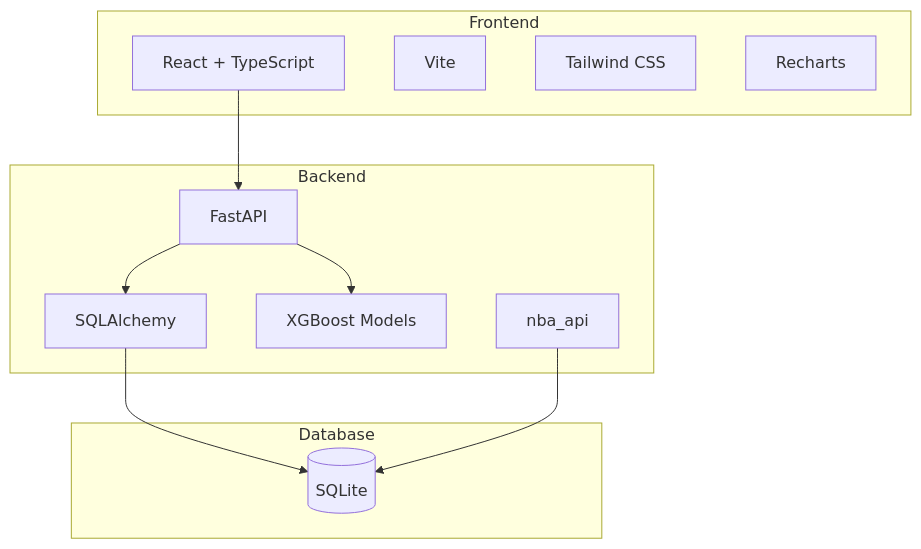
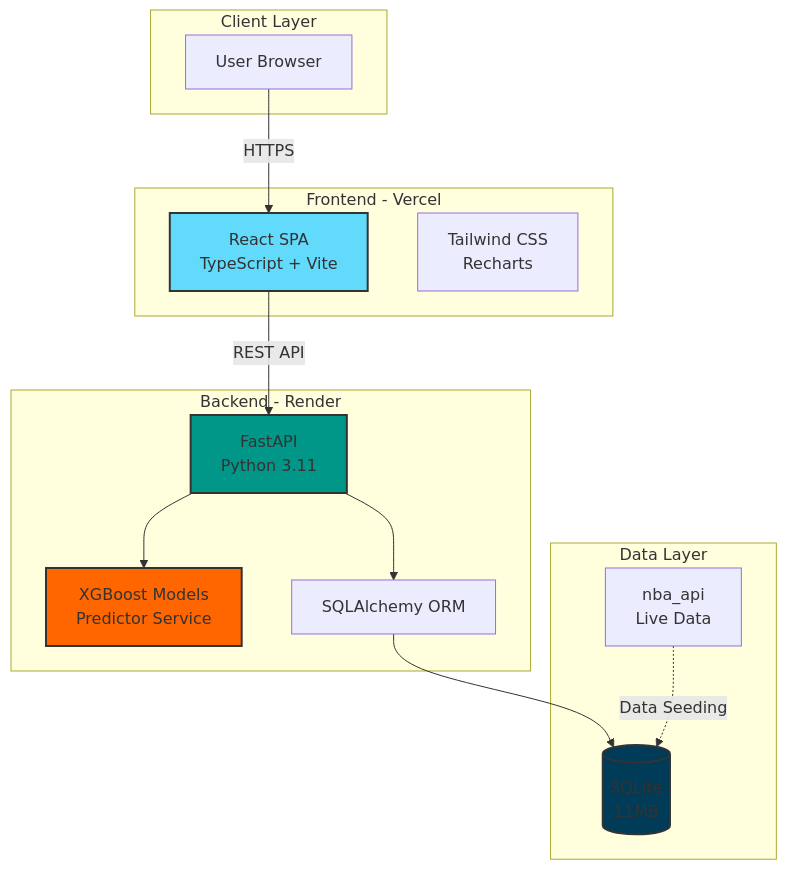
Before and after one commit to jk2962/nba-predictor: the first of 2 diagrams in README.md, drawn with Mermaid. The commit also changed other lines of this file, not shown here.

Commit message:
Create comprehensive README with architecture diagrams

````diff
--- a/README.md
+++ b/README.md
@@ -21,26 +105,34 @@
 ```mermaid
 graph TB
-    subgraph Frontend
-        R[React + TypeScript]
-        V[Vite]
-        T[Tailwind CSS]
-        RC[Recharts]
+    subgraph "Client Layer"
+        U[User Browser]
     end
-    
-    subgraph Backend
-        F[FastAPI]
-        S[SQLAlchemy]
-        X[XGBoost Models]
-        N[nba_api]
+
+    subgraph "Frontend - Vercel"
+        FE[React SPA<br/>TypeScript + Vite]
+        UI[Tailwind CSS<br/>Recharts]
     end
-    
-    subgraph Database
-        DB[(SQLite)]
+
+    subgraph "Backend - Render"
+        API[FastAPI<br/>Python 3.11]
+        ML[XGBoost Models<br/>Predictor Service]
+        ORM[SQLAlchemy ORM]
     end
-    
-    R --> F
-    F --> S
-    S --> DB
-    F --> X
-    N --> DB
+
+    subgraph "Data Layer"
+        DB[(SQLite<br/>11MB)]
+        NBA[nba_api<br/>Live Data]
+    end
+
+    U -->|HTTPS| FE
+    FE -->|REST API| API
+    API --> ML
+    API --> ORM
+    ORM --> DB
+    NBA -.->|Data Seeding| DB
+
+    style FE fill:#61dafb,stroke:#333,stroke-width:2px
+    style API fill:#009688,stroke:#333,stroke-width:2px
+    style ML fill:#ff6600,stroke:#333,stroke-width:2px
+    style DB fill:#003b57,stroke:#333,stroke-width:2px
 ```
````
